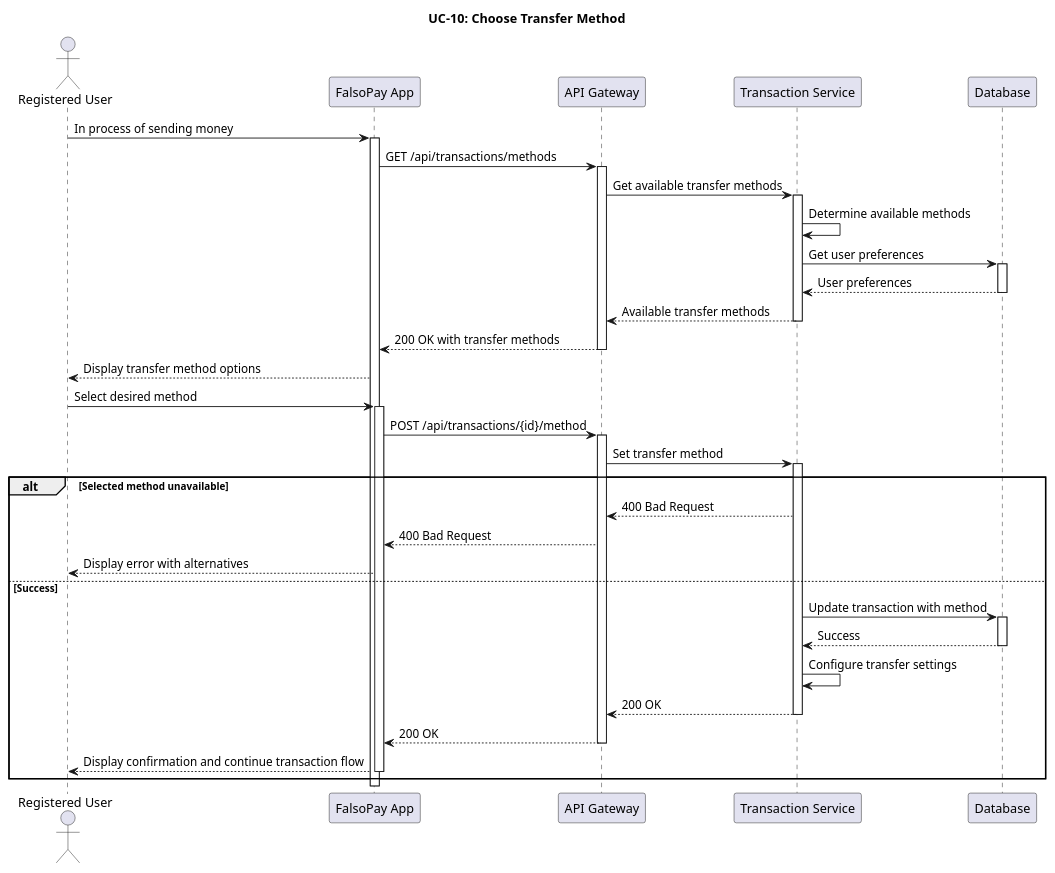
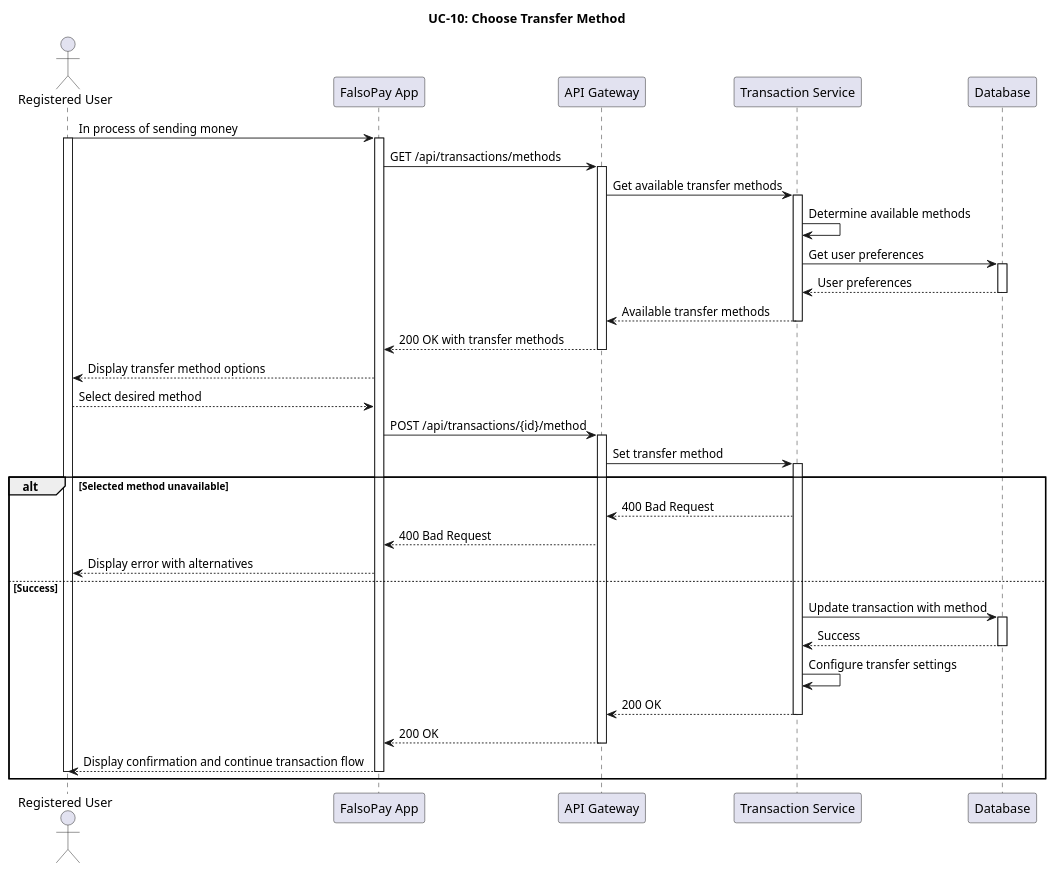
The diagram in docs/design/sequence-diagrams/UC10-ChooseTransferMethod.puml (Adhamzineldin/Falsopay), drawn with PlantUML before and after one commit. The commit also changed 8 other files, not shown here.

```diff
--- a/docs/design/sequence-diagrams/UC10-ChooseTransferMethod.puml
+++ b/docs/design/sequence-diagrams/UC10-ChooseTransferMethod.puml
@@ -1,65 +1,67 @@
 @startuml UC10-ChooseTransferMethod
 
 actor "Registered User" as User
 participant "FalsoPay App" as App
 participant "API Gateway" as Gateway
 participant "Transaction Service" as TransService
 participant "Database" as DB
 
 title UC-10: Choose Transfer Method
 
 User -> App: In process of sending money
 activate App
+activate User
 
 App -> Gateway: GET /api/transactions/methods
 activate Gateway
 
 Gateway -> TransService: Get available transfer methods
 activate TransService
 
 TransService -> TransService: Determine available methods
 TransService -> DB: Get user preferences
 activate DB
 DB --> TransService: User preferences
 deactivate DB
 
 TransService --> Gateway: Available transfer methods
 deactivate TransService
 
 Gateway --> App: 200 OK with transfer methods
 deactivate Gateway
 
 App --> User: Display transfer method options
 
-User -> App: Select desired method
-activate App
+User --> App: Select desired method
+
 
 App -> Gateway: POST /api/transactions/{id}/method
 activate Gateway
 
 Gateway -> TransService: Set transfer method
 activate TransService
 
 alt Selected method unavailable
     TransService --> Gateway: 400 Bad Request
     Gateway --> App: 400 Bad Request
     App --> User: Display error with alternatives
 else Success
     TransService -> DB: Update transaction with method
     activate DB
     DB --> TransService: Success
     deactivate DB
     
     TransService -> TransService: Configure transfer settings
     
     TransService --> Gateway: 200 OK
     deactivate TransService
     
     Gateway --> App: 200 OK
     deactivate Gateway
     
     App --> User: Display confirmation and continue transaction flow
     deactivate App
+    deactivate User
 end
 
 @enduml 
```
